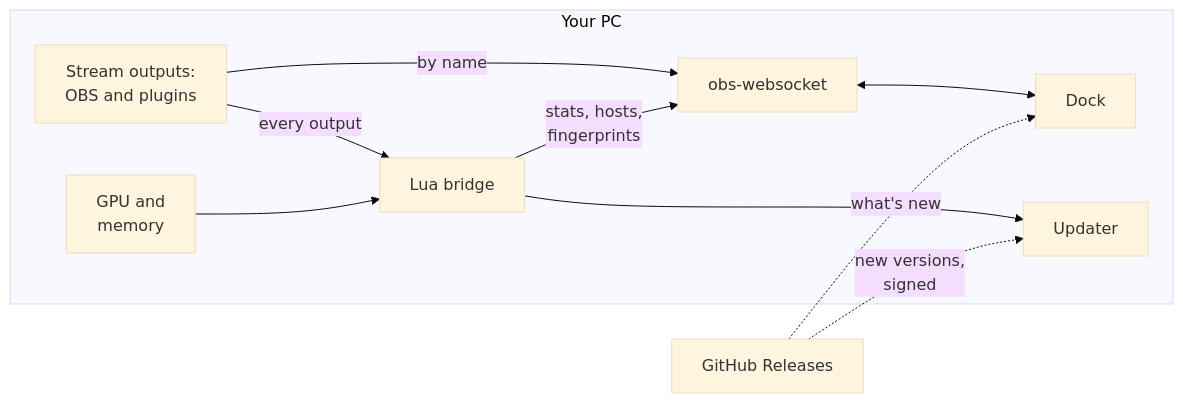
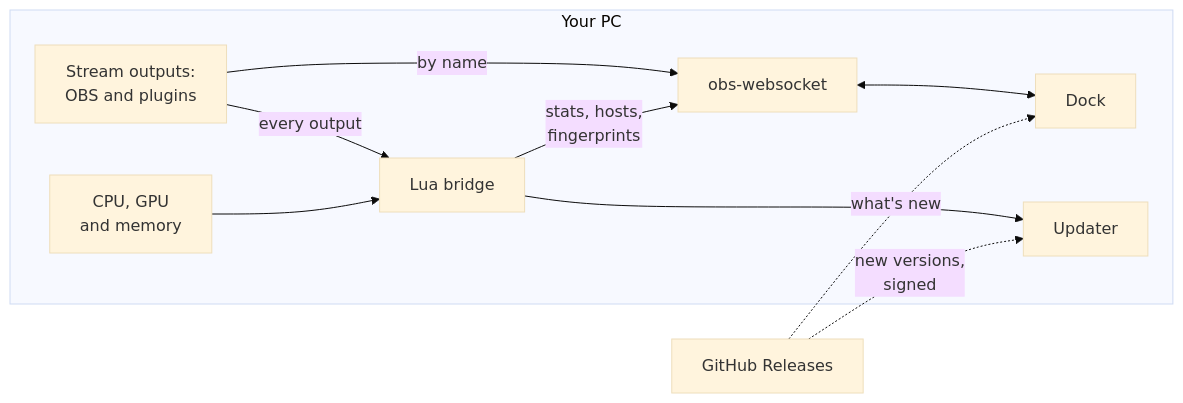
One commit to tjnk24/streamoscope changed the first of 2 diagrams in docs/HOW-IT-WORKS.md. Above: the diagram before and after it, drawn with Mermaid (base theme). The commit also changed other lines of this file and 69 other files, not shown here.

First line of the commit message:
Count CPU and GPU like Task Manager and regroup the OBS and PC card

````diff
--- a/docs/HOW-IT-WORKS.md
+++ b/docs/HOW-IT-WORKS.md
@@ -9,13 +9,13 @@
 ```mermaid
 flowchart LR
   subgraph pc["Your PC"]
     outputs["Stream outputs:<br>OBS and plugins"] -- "by name" --> websocket["obs-websocket"]
     outputs -- "every output" --> bridge["Lua bridge"]
-    hardware["GPU and<br>memory"] --> bridge
+    hardware["CPU, GPU<br>and memory"] --> bridge
     bridge -- "stats, hosts,<br>fingerprints" --> websocket
     websocket <--> dock["Dock"]
     bridge --> updater["Updater"]
   end
   github["GitHub Releases"] -. "new versions,<br>signed" .-> updater
   github -. "what's new" .-> dock
 ```
````
